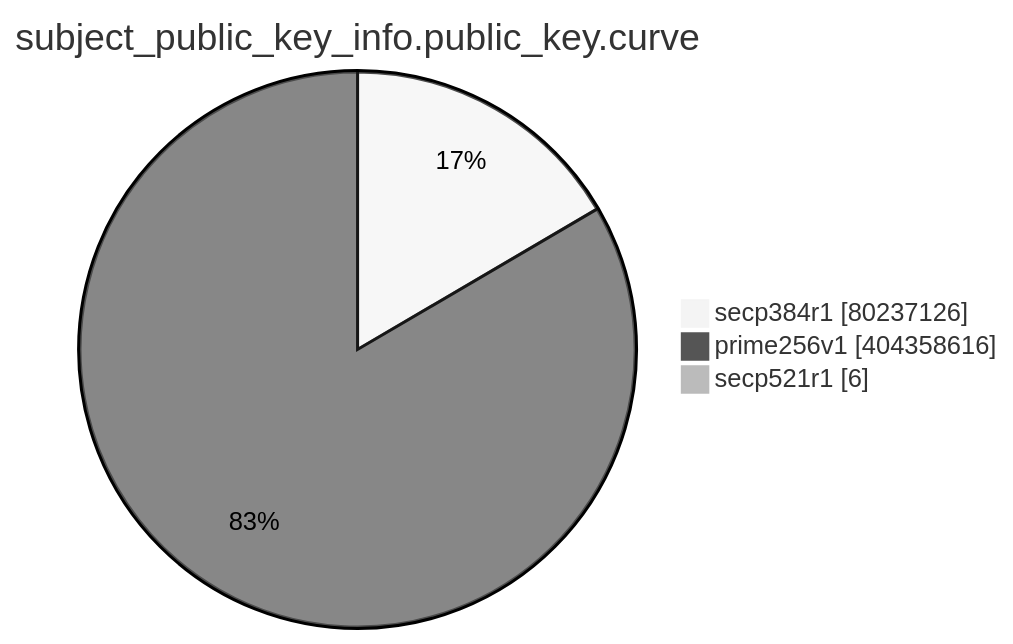
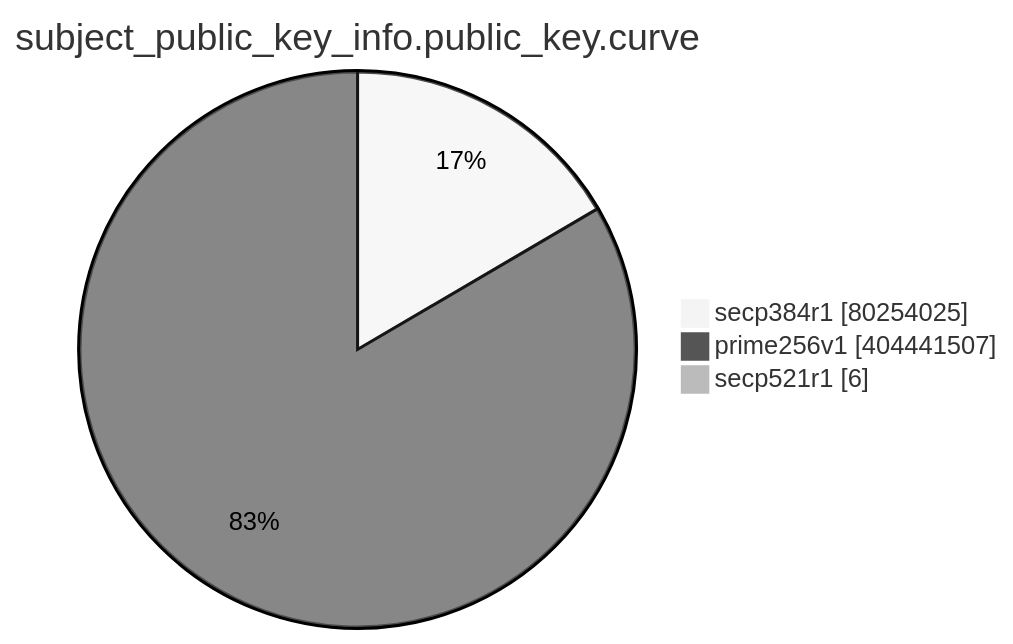
Before and after one commit to christiankrug/ctmonitor_visualization: the eighth of 15 diagrams in TOTAL/README.md, drawn with Mermaid (neutral theme). The commit also changed other lines of this file, not shown here.

````diff
--- a/TOTAL/README.md
+++ b/TOTAL/README.md
@@ -3095,7 +3095,7 @@
 ```mermaid
 pie showData
 title subject_public_key_info.public_key.curve
-"secp384r1" :80237126
-"prime256v1" :404358616
+"secp384r1" :80254025
+"prime256v1" :404441507
 "secp521r1" :6
 ```
````
